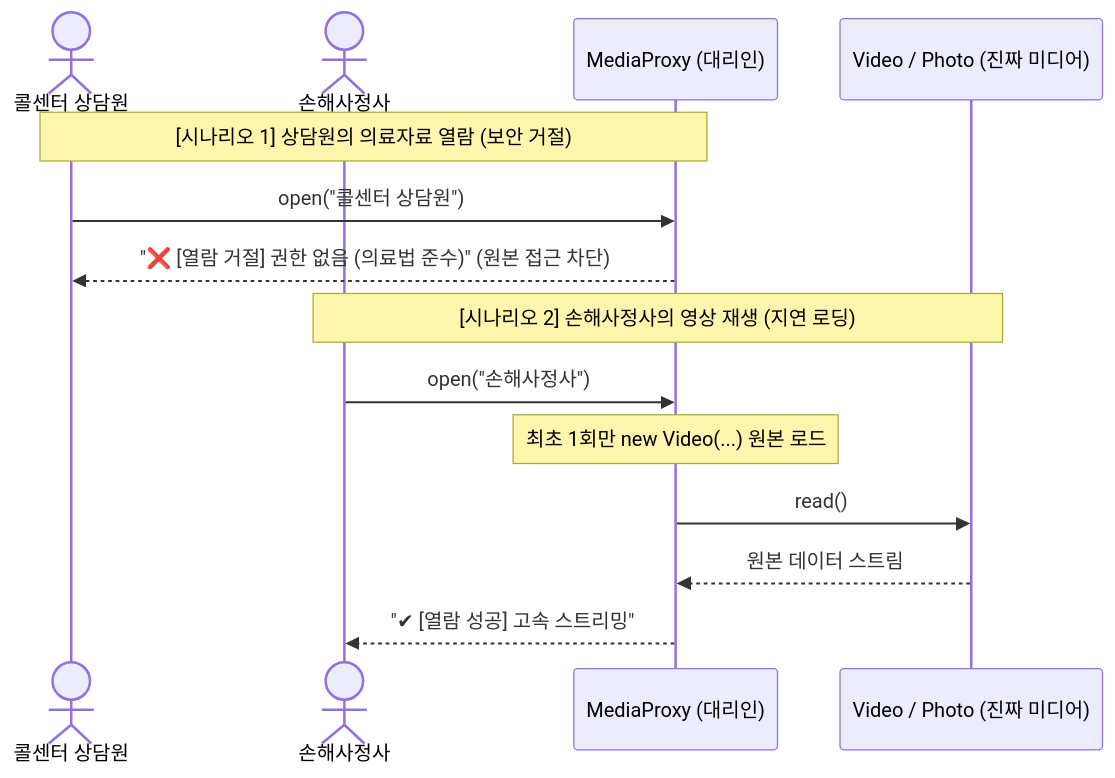
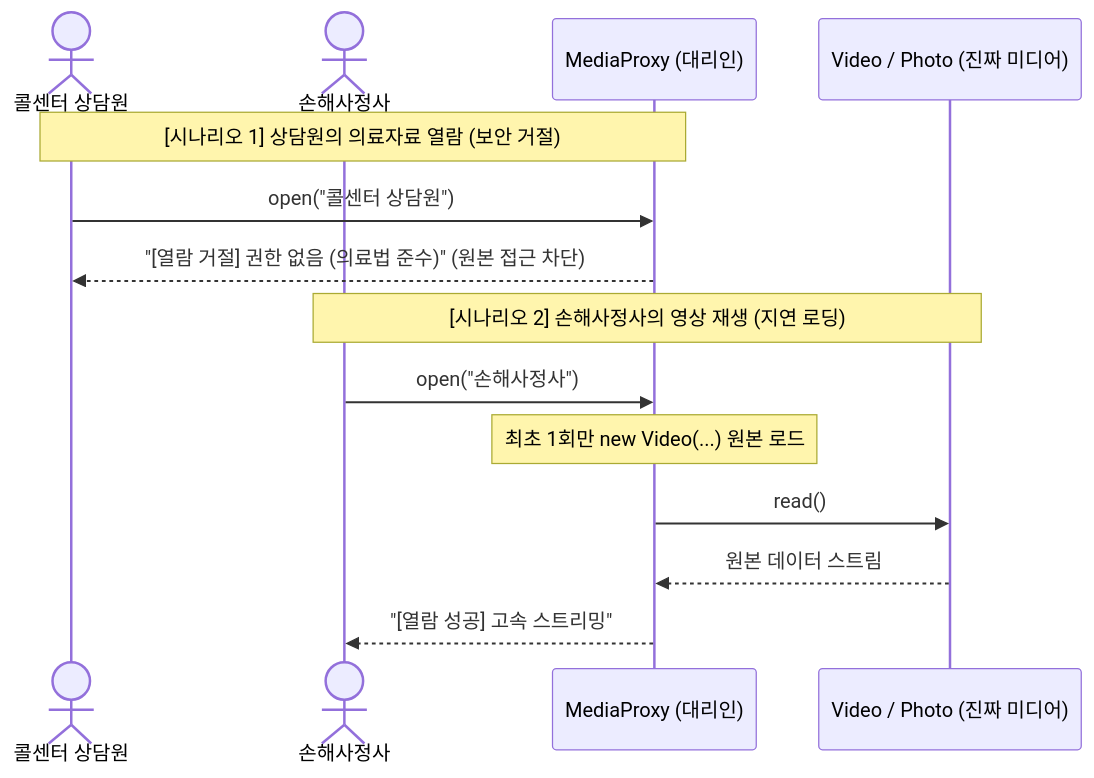
One commit to Data-MaSTeRR/samsung-aa-design-patterns changed the fifth of 5 diagrams in README.md. Above: the diagram before and after it, drawn with Mermaid. The commit also changed other lines of this file and 61 other files, not shown here.

````diff
--- a/README.md
+++ b/README.md
@@ -264,18 +266,18 @@
 ```mermaid
 sequenceDiagram
     actor Agent as 콜센터 상담원
     actor Adjuster as 손해사정사
     participant Proxy as MediaProxy (대리인)
     participant Media as Video / Photo (진짜 미디어)
 
     Note over Agent,Proxy: [시나리오 1] 상담원의 의료자료 열람 (보안 거절)
     Agent->>Proxy: open("콜센터 상담원")
-    Proxy-->>Agent: "❌ [열람 거절] 권한 없음 (의료법 준수)" (원본 접근 차단)
+    Proxy-->>Agent: "[열람 거절] 권한 없음 (의료법 준수)" (원본 접근 차단)
 
     Note over Adjuster,Media: [시나리오 2] 손해사정사의 영상 재생 (지연 로딩)
     Adjuster->>Proxy: open("손해사정사")
     Note over Proxy: 최초 1회만 new Video(...) 원본 로드
     Proxy->>Media: read()
     Media-->>Proxy: 원본 데이터 스트림
-    Proxy-->>Adjuster: "✔ [열람 성공] 고속 스트리밍"
+    Proxy-->>Adjuster: "[열람 성공] 고속 스트리밍"
 ```
````
